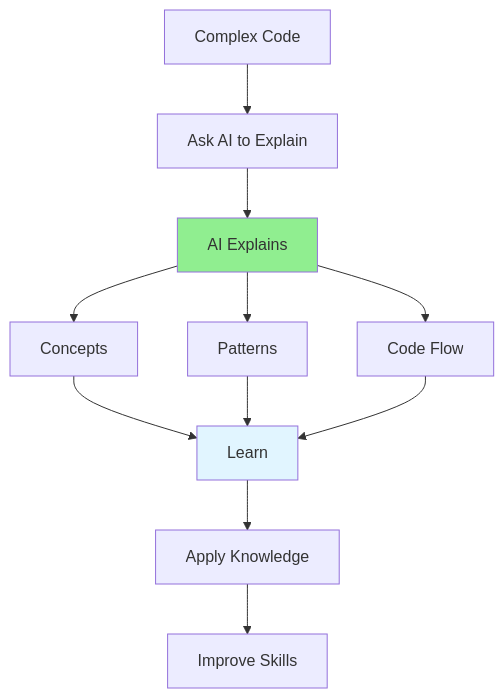
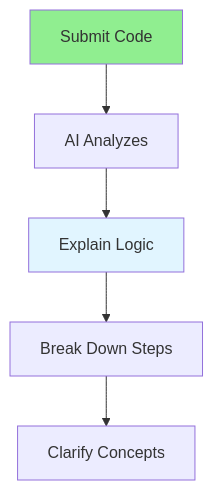
One commit to iouthnamain/tech-note changed the diagram in Full-Stack-Guides/Group-05-AI-Assisted-Coding/05.13_AI_Code_Explanation.md. Above: the diagram before and after it, drawn with Mermaid. The commit also changed other lines of this file and 480 other files, not shown here.

````diff
--- a/Full-Stack-Guides/Group-05-AI-Assisted-Coding/05.13_AI_Code_Explanation.md
+++ b/Full-Stack-Guides/Group-05-AI-Assisted-Coding/05.13_AI_Code_Explanation.md
@@ -22,18 +22,10 @@
 ```mermaid
 flowchart TD
-    Code[Complex Code] --> Ask[Ask AI to Explain]
-    Ask --> Explain[AI Explains]
-    Explain --> Concepts[Concepts]
-    Explain --> Patterns[Patterns]
-    Explain --> Flow[Code Flow]
+    Code[Submit Code] --> Analyze[AI Analyzes]
+    Analyze --> Explain[Explain Logic]
+    Explain --> BreakDown[Break Down Steps]
+    BreakDown --> Clarify[Clarify Concepts]
     
-    Concepts --> Learn[Learn]
-    Patterns --> Learn
-    Flow --> Learn
-    
-    Learn --> Apply[Apply Knowledge]
-    Apply --> Improve[Improve Skills]
-    
-    style Explain fill:#90EE90
-    style Learn fill:#e1f5ff
+    style Code fill:#90EE90
+    style Explain fill:#e1f5ff
 ```
````
